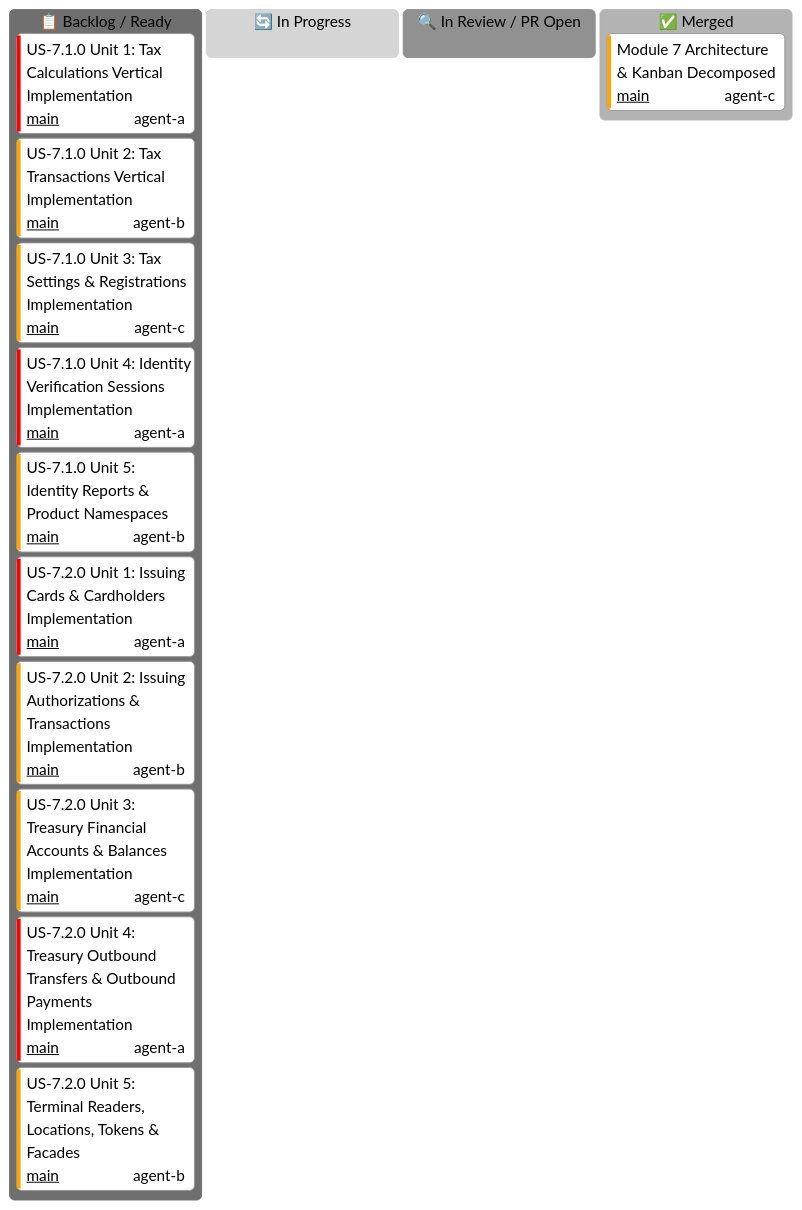
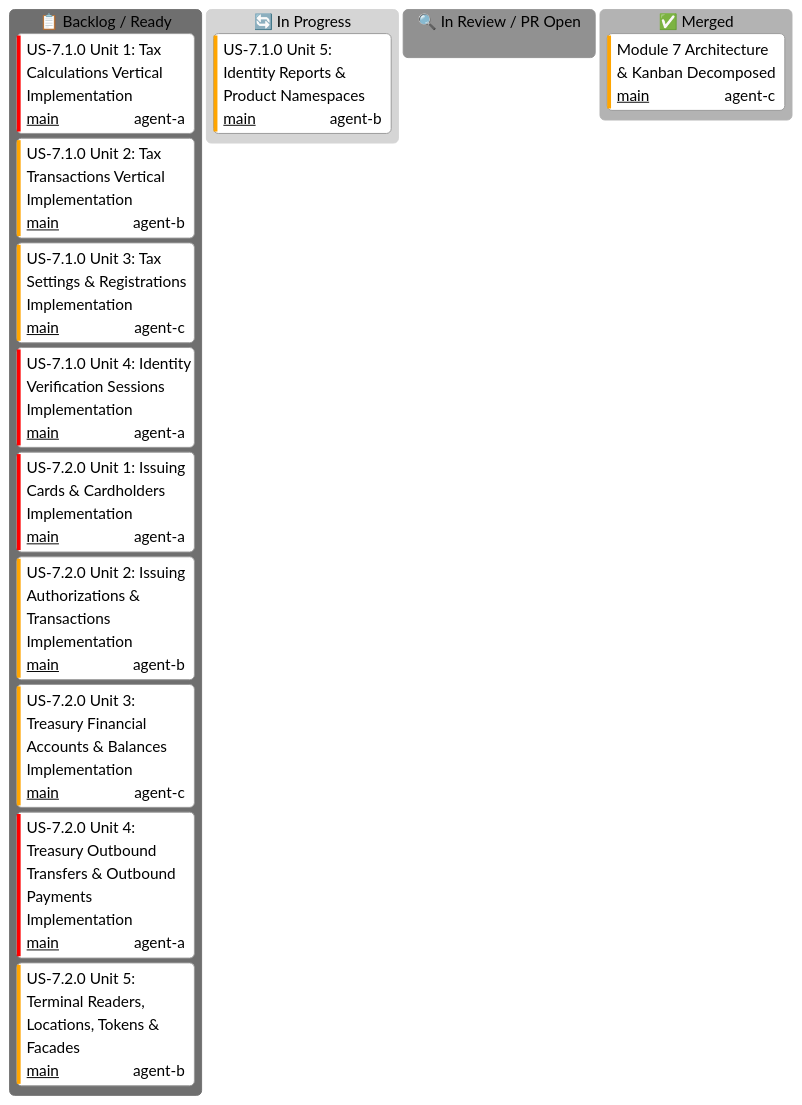
One commit to some-of-cs/some-stripe changed the diagram in docs/user-stories/module-7-specialized-product-namespaces/KANBAN.md. Above: the diagram before and after it, drawn with Mermaid (neutral theme). The commit also changed other lines of this file and 9 other files, not shown here.

Commit message:
feat(us-7.1.0/unit-5): identity verification reports and product namespaces mounting

````diff
--- a/docs/user-stories/module-7-specialized-product-namespaces/KANBAN.md
+++ b/docs/user-stories/module-7-specialized-product-namespaces/KANBAN.md
@@ -16,23 +16,23 @@
 ```mermaid
 ---
 config:
   kanban:
     ticketBaseUrl: 'https://github.com/some-of-cs/some-stripe/pull/#TICKET#'
 ---
 kanban
   todo[📋 Backlog / Ready]
     us71_u1[US-7.1.0 Unit 1: Tax Calculations Vertical Implementation]@{ ticket: 'main', assigned: 'agent-a', priority: 'Very High' }
     us71_u2[US-7.1.0 Unit 2: Tax Transactions Vertical Implementation]@{ ticket: 'main', assigned: 'agent-b', priority: 'High' }
     us71_u3[US-7.1.0 Unit 3: Tax Settings & Registrations Implementation]@{ ticket: 'main', assigned: 'agent-c', priority: 'High' }
     us71_u4[US-7.1.0 Unit 4: Identity Verification Sessions Implementation]@{ ticket: 'main', assigned: 'agent-a', priority: 'Very High' }
-    us71_u5[US-7.1.0 Unit 5: Identity Reports & Product Namespaces]@{ ticket: 'main', assigned: 'agent-b', priority: 'High' }
     us72_u1[US-7.2.0 Unit 1: Issuing Cards & Cardholders Implementation]@{ ticket: 'main', assigned: 'agent-a', priority: 'Very High' }
     us72_u2[US-7.2.0 Unit 2: Issuing Authorizations & Transactions Implementation]@{ ticket: 'main', assigned: 'agent-b', priority: 'High' }
     us72_u3[US-7.2.0 Unit 3: Treasury Financial Accounts & Balances Implementation]@{ ticket: 'main', assigned: 'agent-c', priority: 'High' }
     us72_u4[US-7.2.0 Unit 4: Treasury Outbound Transfers & Outbound Payments Implementation]@{ ticket: 'main', assigned: 'agent-a', priority: 'Very High' }
     us72_u5[US-7.2.0 Unit 5: Terminal Readers, Locations, Tokens & Facades]@{ ticket: 'main', assigned: 'agent-b', priority: 'High' }
   in_progress[🔄 In Progress]
+    us71_u5[US-7.1.0 Unit 5: Identity Reports & Product Namespaces]@{ ticket: 'main', assigned: 'agent-b', priority: 'High' }
   in_review[🔍 In Review / PR Open]
   done[✅ Merged]
     m7_init[Module 7 Architecture & Kanban Decomposed]@{ ticket: 'main', assigned: 'agent-c', priority: 'High' }
 ```
````
